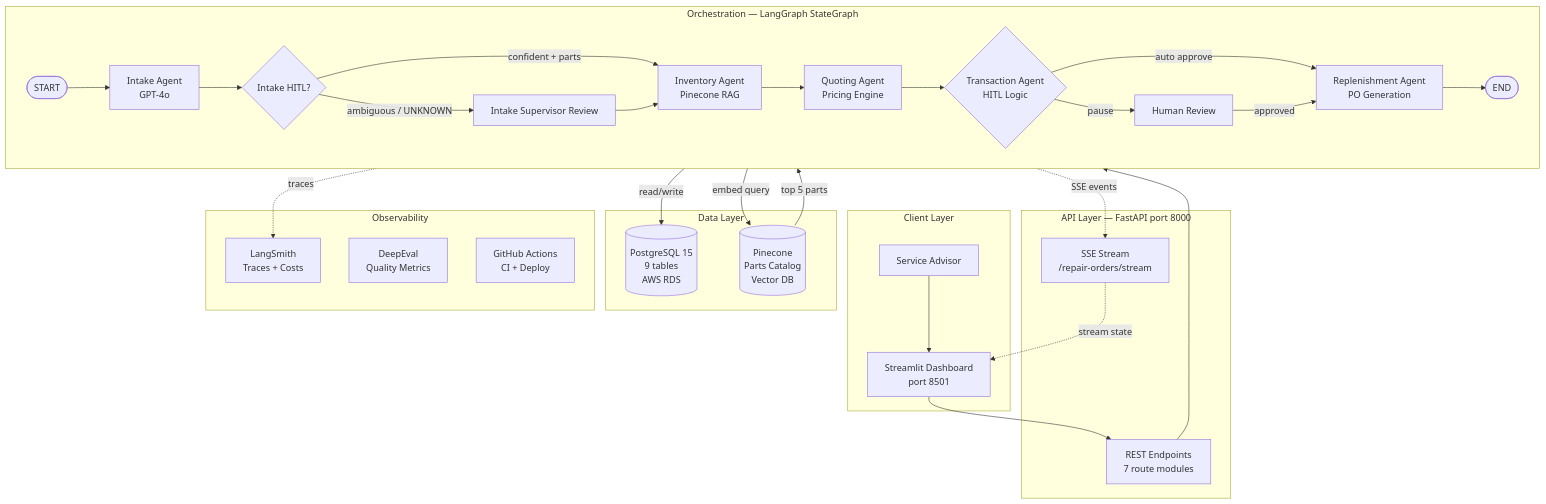
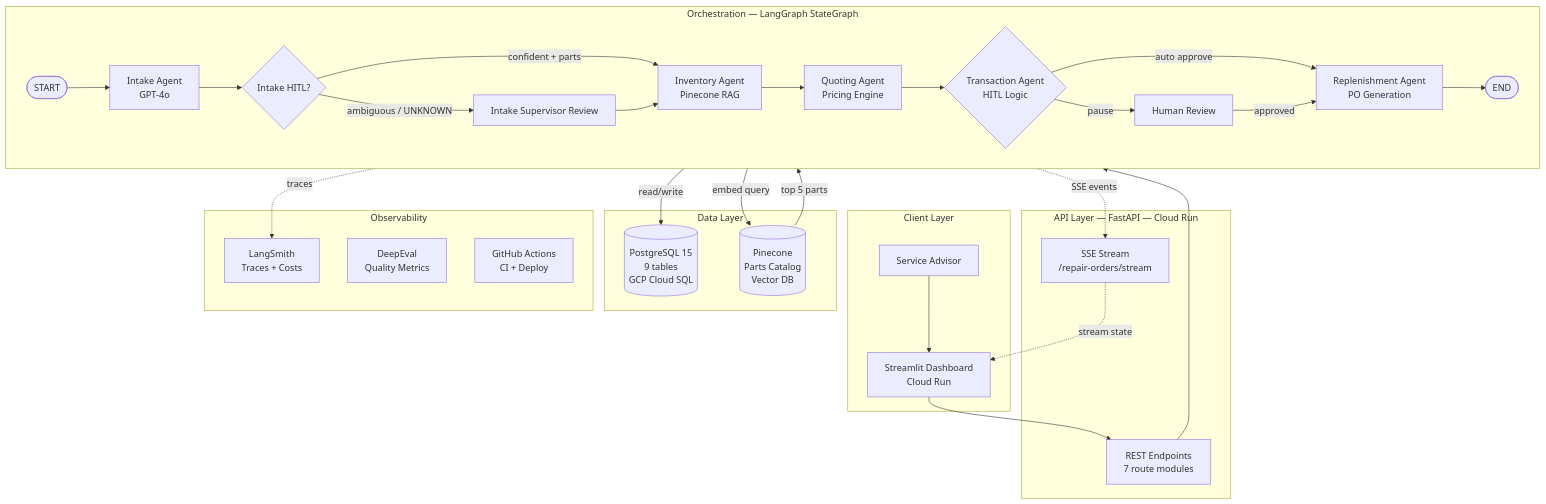
The first of 5 diagrams in docs/architecture.md (PravirSinha/Conduit), drawn with Mermaid before and after one commit. The commit also changed other lines of this file and 1 other file, not shown here.

Commit message:
docs: update README and architecture for GCP migration

````diff
--- a/docs/architecture.md
+++ b/docs/architecture.md
@@ -5,49 +5,49 @@
 ```mermaid
 graph TB
     subgraph CLIENT["Client Layer"]
         SA[Service Advisor]
-        DASH[Streamlit Dashboard<br/>port 8501]
+        DASH[Streamlit Dashboard<br/>Cloud Run]
     end
 
-    subgraph API["API Layer — FastAPI port 8000"]
+    subgraph API["API Layer — FastAPI — Cloud Run"]
         EP[REST Endpoints<br/>7 route modules]
         SSE[SSE Stream<br/>/repair-orders/stream]
     end
 
     subgraph ORCH["Orchestration — LangGraph StateGraph"]
         direction LR
         S([START]) --> IA
         IA[Intake Agent<br/>GPT-4o] --> IA_DEC{Intake HITL?}
         IA_DEC -->|confident + parts| INV
         IA_DEC -->|ambiguous / UNKNOWN| I_HITL[Intake Supervisor Review]
         I_HITL --> INV
         INV[Inventory Agent<br/>Pinecone RAG] --> QA
         QA[Quoting Agent<br/>Pricing Engine] --> TA
         TA{Transaction Agent<br/>HITL Logic}
         TA -->|auto approve| RA
         TA -->|pause| HITL[Human Review]
         HITL -->|approved| RA
         RA[Replenishment Agent<br/>PO Generation] --> E([END])
     end
 
     subgraph STORE["Data Layer"]
-        PG[(PostgreSQL 15<br/>9 tables<br/>AWS RDS)]
+        PG[(PostgreSQL 15<br/>9 tables<br/>GCP Cloud SQL)]
         PC[(Pinecone<br/>Parts Catalog<br/>Vector DB)]
     end
 
     subgraph OBS["Observability"]
         LS[LangSmith<br/>Traces + Costs]
         DE[DeepEval<br/>Quality Metrics]
         GH[GitHub Actions<br/>CI + Deploy]
     end
 
     SA --> DASH
     DASH --> EP
     EP --> ORCH
     SSE -.->|stream state| DASH
     ORCH -.->|SSE events| SSE
     IA -->|embed query| PC
     PC -->|top 5 parts| INV
     ORCH -->|read/write| PG
     ORCH -.->|traces| LS
 ```
````
